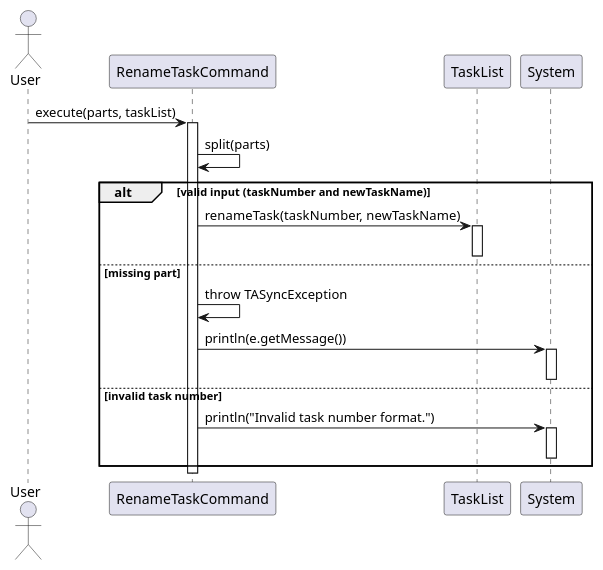
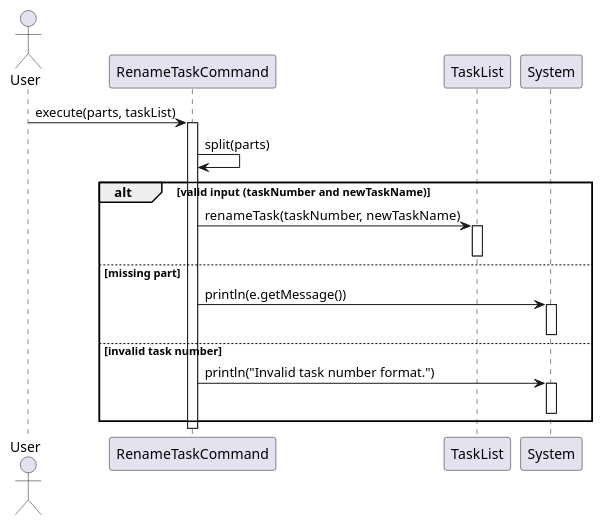
The diagram in docs/diagrams/tasklistcommands/RenameTaskCommandSequenceDiagram.puml (wongyihao02/tp), drawn with PlantUML before and after one commit. The commit also changed 17 other files, not shown here.

Commit message:
Edit errors in task commands sequence diagrams

```diff
--- a/docs/diagrams/tasklistcommands/RenameTaskCommandSequenceDiagram.puml
+++ b/docs/diagrams/tasklistcommands/RenameTaskCommandSequenceDiagram.puml
@@ -1,31 +1,30 @@
 @startuml
 'https://plantuml.com/sequence-diagram
 
 actor User
 
 participant "RenameTaskCommand" as RenameCmd
 participant "TaskList" as TaskList
 participant "System" as Console
 
 User -> RenameCmd : execute(parts, taskList)
 activate RenameCmd
 
 RenameCmd -> RenameCmd : split(parts)
 
 alt valid input (taskNumber and newTaskName)
     RenameCmd -> TaskList : renameTask(taskNumber, newTaskName)
     activate TaskList
     deactivate TaskList
 else missing part
-    RenameCmd -> RenameCmd : throw TASyncException
     RenameCmd -> Console : println(e.getMessage())
     activate Console
     deactivate Console
 else invalid task number
     RenameCmd -> Console : println("Invalid task number format.")
     activate Console
     deactivate Console
 end
 
 deactivate RenameCmd
 @enduml
```
